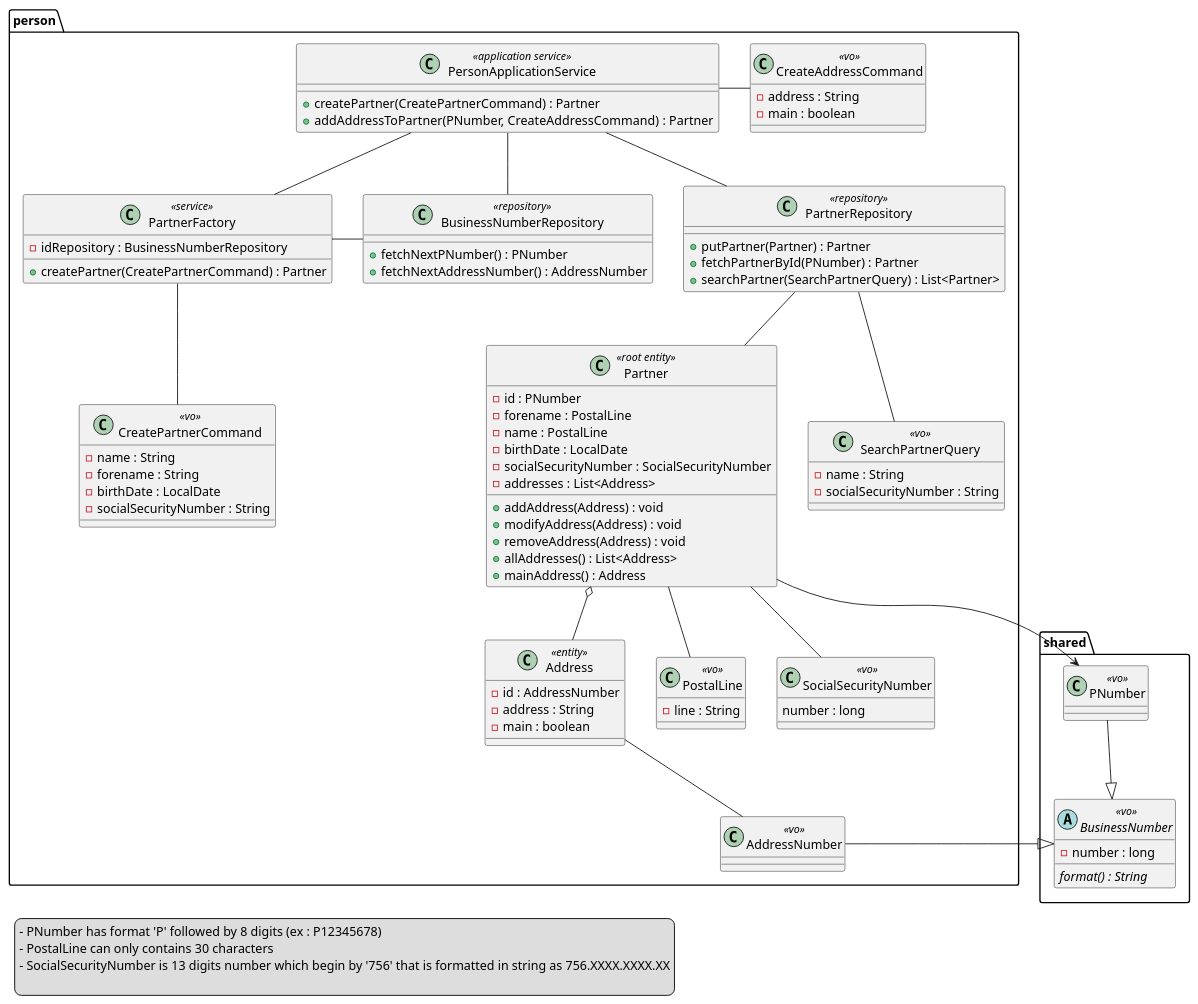
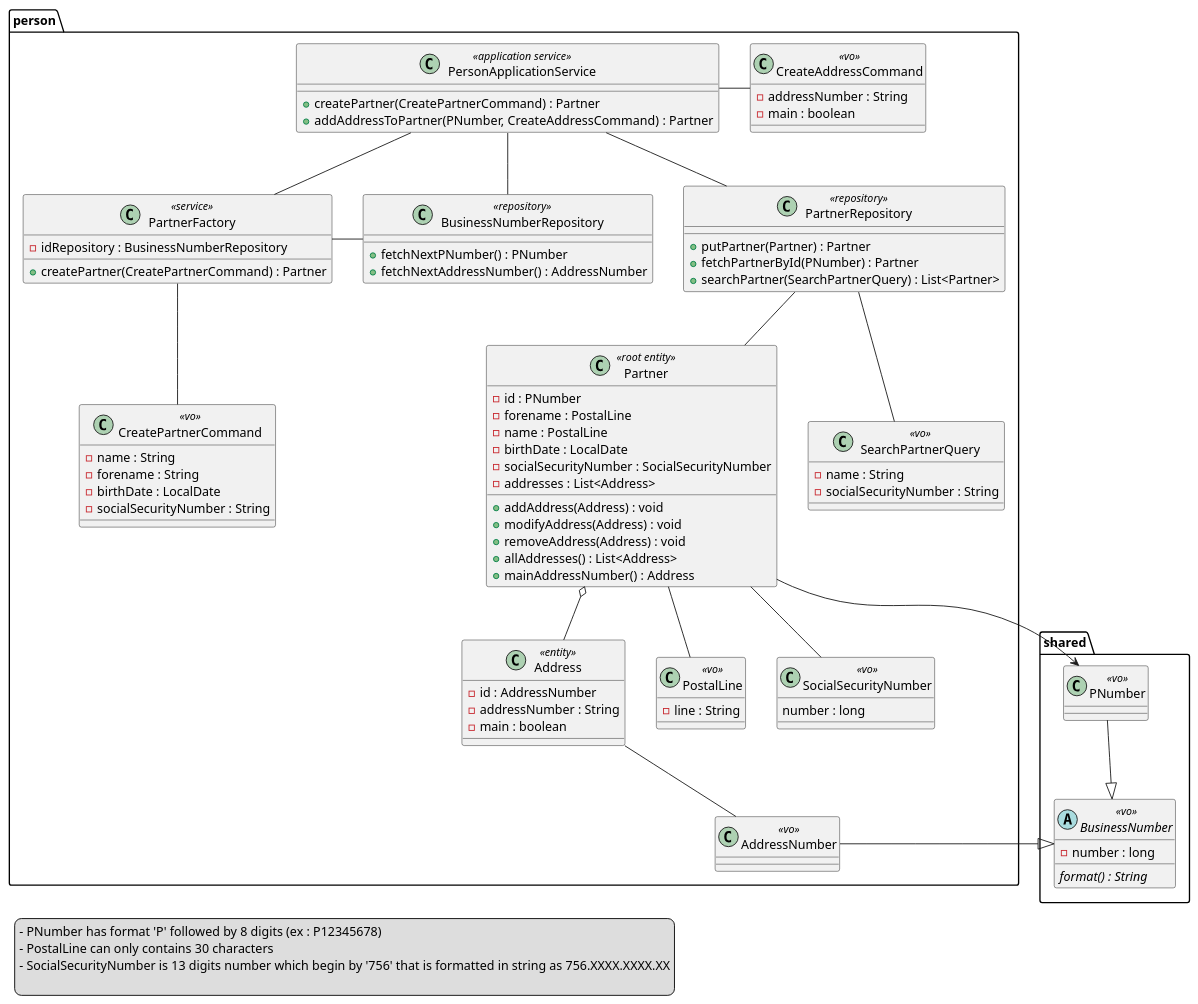
One commit to McKratt/microservice-sandbox changed the diagram in person/person-domain/PersonDomain.puml. Above: the diagram before and after it, drawn with PlantUML. The commit also changed 101 other files, not shown here.

```diff
--- a/person/person-domain/PersonDomain.puml
+++ b/person/person-domain/PersonDomain.puml
@@ -1,99 +1,99 @@
 @startuml
 package person {
     class PersonApplicationService <<application service>> {
         + createPartner(CreatePartnerCommand) : Partner
         + addAddressToPartner(PNumber, CreateAddressCommand) : Partner
     }
     class PartnerFactory <<service>> {
         - idRepository : BusinessNumberRepository
         + createPartner(CreatePartnerCommand) : Partner
     }
     class BusinessNumberRepository <<repository>> {
         + fetchNextPNumber() : PNumber
         + fetchNextAddressNumber() : AddressNumber
     }
     class PartnerRepository <<repository>> {
         + putPartner(Partner) : Partner
         + fetchPartnerById(PNumber) : Partner
         + searchPartner(SearchPartnerQuery) : List<Partner>
     }
     class CreatePartnerCommand <<vo>> {
         - name : String
         - forename : String
         - birthDate : LocalDate
         - socialSecurityNumber : String
     }
     class CreateAddressCommand <<vo>> {
-        - address : String
+        - addressNumber : String
         - main : boolean
     }
     class SearchPartnerQuery <<vo>> {
         - name : String
         - socialSecurityNumber : String
     }
     class Partner <<root entity>> {
         - id : PNumber
         - forename : PostalLine
         - name : PostalLine
         - birthDate : LocalDate
         - socialSecurityNumber : SocialSecurityNumber
         - addresses : List<Address>
         + addAddress(Address) : void
         + modifyAddress(Address) : void
         + removeAddress(Address) : void
         + allAddresses() : List<Address>
-        + mainAddress() : Address
+        + mainAddressNumber() : Address
     }
     class Address <<entity>> {
         - id : AddressNumber
-        - address : String
+        - addressNumber : String
         - main : boolean
     }
     class AddressNumber <<vo>>
     class PostalLine <<vo>> {
         - line : String
     }
     class SocialSecurityNumber <<vo>> {
         number : long
     }
     PersonApplicationService -- PartnerFactory
     PersonApplicationService -- PartnerRepository
     PersonApplicationService -- BusinessNumberRepository
     PersonApplicationService - CreateAddressCommand
 
     PartnerFactory - BusinessNumberRepository
     PartnerFactory -- CreatePartnerCommand
 
     PartnerRepository -- Partner
     PartnerRepository -- SearchPartnerQuery
 
     Partner -- PostalLine
     Partner o-- Address
     Partner -- SocialSecurityNumber
 
     Address -- AddressNumber
 
 }
 
 package shared {
     class PNumber <<vo>>
 
     abstract BusinessNumber <<vo>> {
         - number : long
         {abstract} format() : String
     }
 
     PNumber --|> BusinessNumber
 }
 
 Partner -> PNumber
 AddressNumber -|> BusinessNumber
 
 legend left
 - PNumber has format 'P' followed by 8 digits (ex : P12345678)
 - PostalLine can only contains 30 characters
 - SocialSecurityNumber is 13 digits number which begin by '756' that is formatted in string as 756.XXXX.XXXX.XX
 
 end legend
 
 @enduml
```
